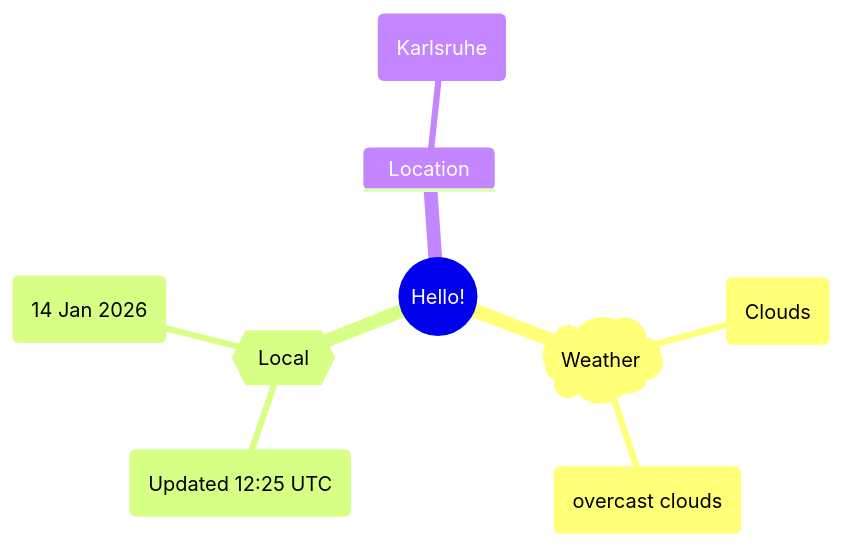
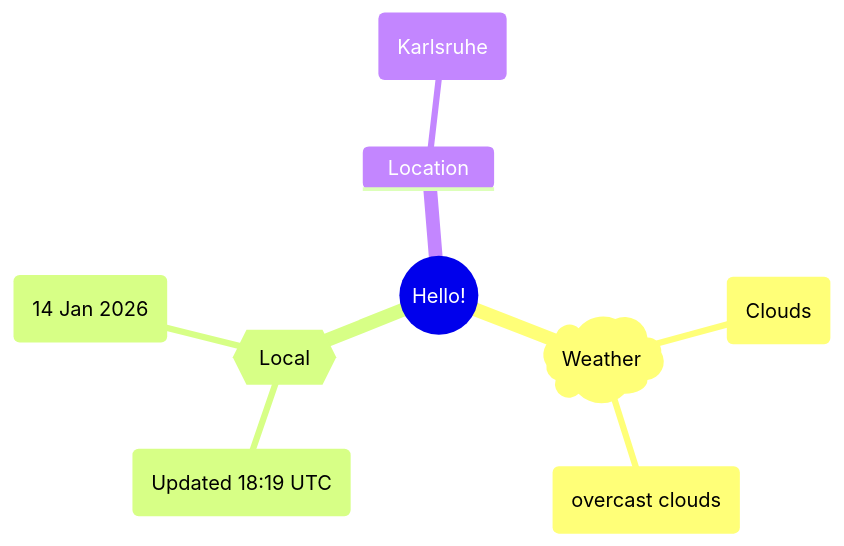
One commit to Xosrov/Xosrov changed the first of 2 diagrams in README.md. Above: the diagram before and after it, drawn with Mermaid.

Commit message:
[bot] updated images

````diff
--- a/README.md
+++ b/README.md
@@ -3,12 +3,12 @@
 ```mermaid
 mindmap
   root((Hello!))
     )Weather(
         (Clouds)
         (overcast clouds)
     {{Local}}
-        (Updated 12:25 UTC)
+        (Updated 18:19 UTC)
         (14 Jan 2026)
     Location
         (Karlsruhe)
 ```
````
